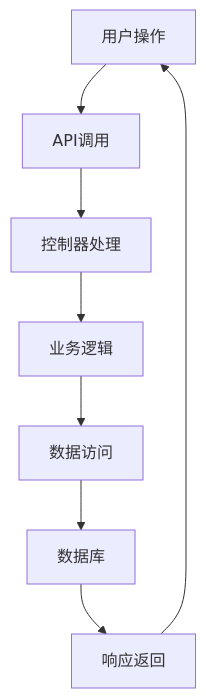
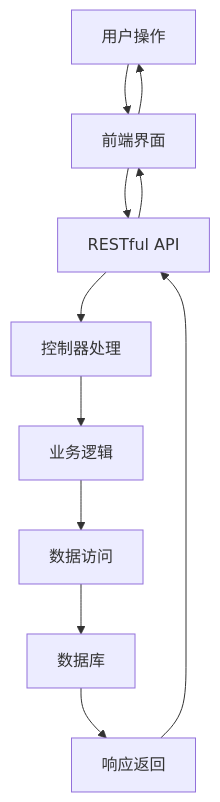
The ninth of 14 diagrams in .qoder/repowiki/zh/content/测试策略.md (gree-coder/fund-butler), drawn with Mermaid before and after one commit. The commit also changed other lines of this file and 5 other files, not shown here.

````diff
--- a/.qoder/repowiki/zh/content/测试策略.md
+++ b/.qoder/repowiki/zh/content/测试策略.md
@@ -213,10 +333,13 @@
 ```mermaid
 flowchart TD
-USER[用户操作] --> API[API调用]
+USER[用户操作] --> FRONTEND[前端界面]
+FRONTEND --> API[RESTful API]
 API --> CONTROLLER[控制器处理]
 CONTROLLER --> SERVICE[业务逻辑]
 SERVICE --> REPOSITORY[数据访问]
 REPOSITORY --> DATABASE[数据库]
 DATABASE --> RESPONSE[响应返回]
-RESPONSE --> USER
+RESPONSE --> API
+API --> FRONTEND
+FRONTEND --> USER
 ```
````
